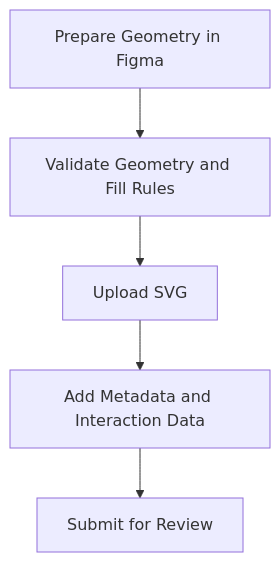
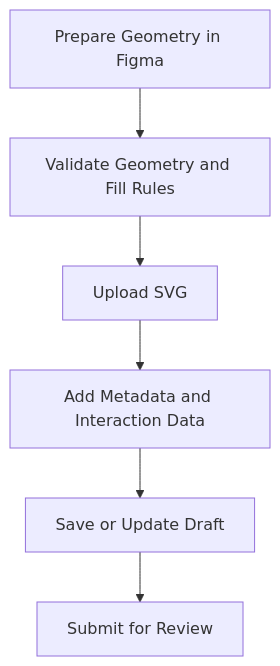
One commit to PCA-POSC-Caesar-Association/Documentation changed the diagram in docs/pca-evolve/digital-symbol-editor.md. Above: the diagram before and after it, drawn with Mermaid. The commit also changed other lines of this file and 42 other files, not shown here.

````diff
--- a/docs/pca-evolve/digital-symbol-editor.md
+++ b/docs/pca-evolve/digital-symbol-editor.md
@@ -31,10 +19,11 @@
 ```mermaid
 flowchart TD
     Prepare[Prepare Geometry in Figma]
     Validate[Validate Geometry and Fill Rules]
     Upload[Upload SVG]
     Describe[Add Metadata and Interaction Data]
+    Draft[Save or Update Draft]
     Submit[Submit for Review]
 
-    Prepare --> Validate --> Upload --> Describe --> Submit
+    Prepare --> Validate --> Upload --> Describe --> Draft --> Submit
 ```
````
